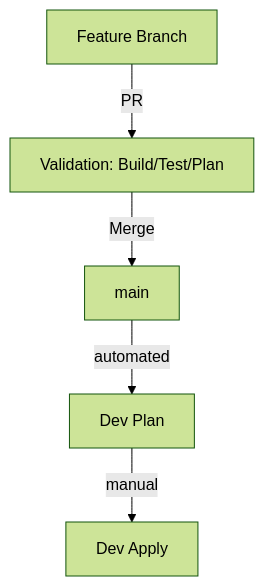
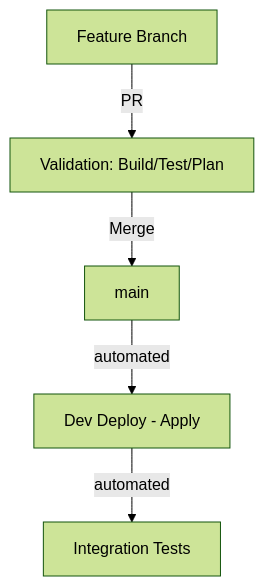
Before and after one commit to tajturbo/chuck-infra: the first of 2 diagrams in CONTRIBUTING.md, drawn with Mermaid (forest theme). The commit also changed other lines of this file and 1 other file, not shown here.

Commit message:
ci: switch dev environment to fully automated continuous deployment (apply on push)

````diff
--- a/CONTRIBUTING.md
+++ b/CONTRIBUTING.md
@@ -76,7 +76,7 @@
 ```mermaid
 graph TD
     A[Feature Branch] -->|PR| B[Validation: Build/Test/Plan]
     B -->|Merge| C[main]
-    C -->|automated| D[Dev Plan]
-    D -->|manual| E[Dev Apply]
+    C -->|automated| D[Dev Deploy - Apply]
+    D -->|automated| E[Integration Tests]
 ```
````
